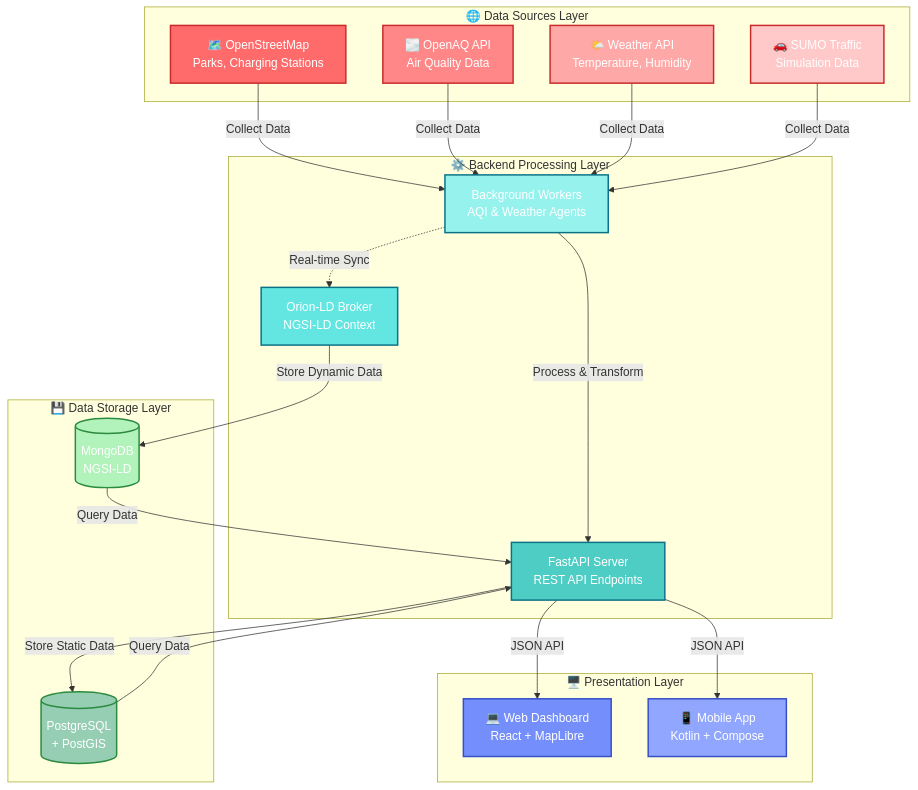
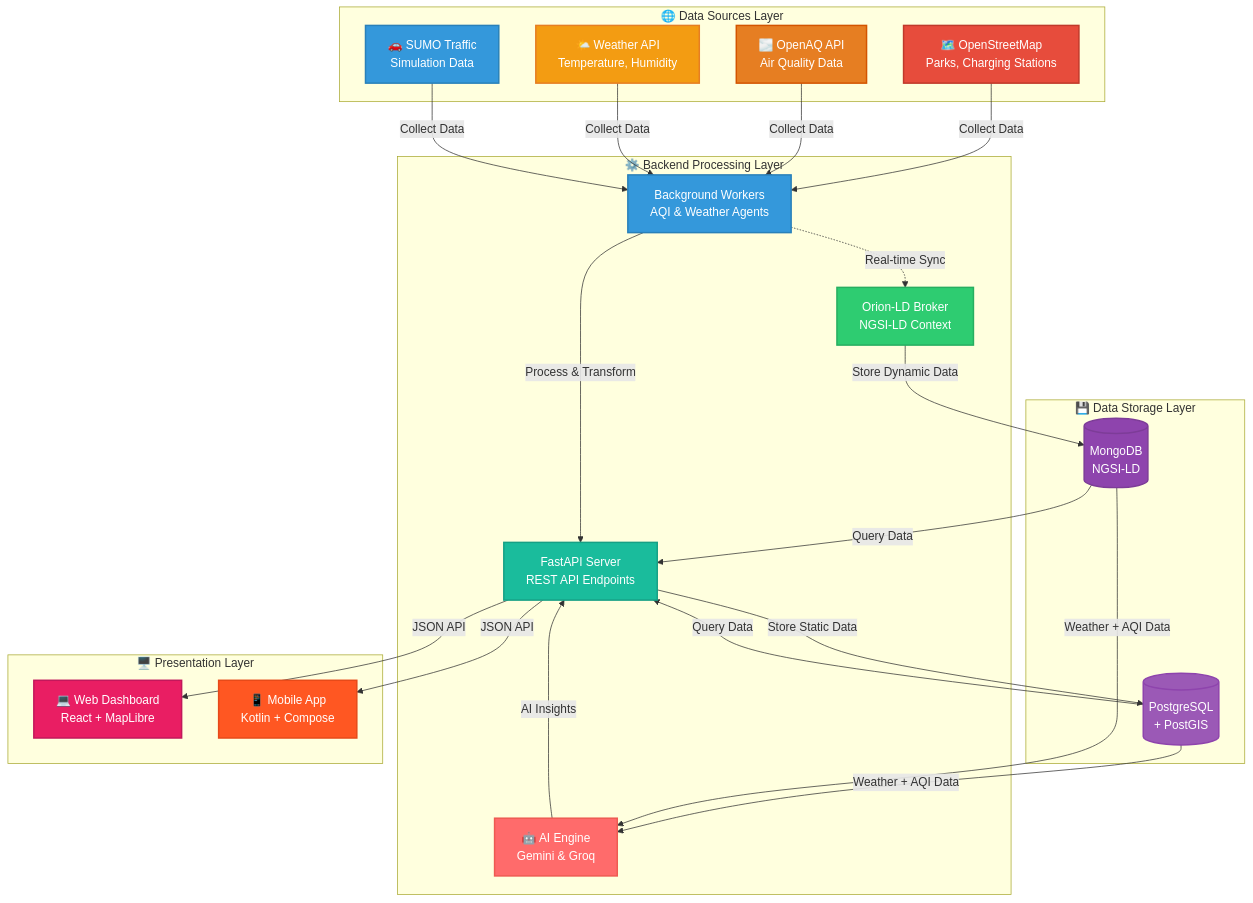
The first of 2 diagrams in profile/README.md (HouHackathon-CQP/.github), drawn with Mermaid before and after one commit. The commit also changed other lines of this file, not shown here.

````diff
--- a/profile/README.md
+++ b/profile/README.md
@@ -54,48 +68,52 @@
 ```mermaid
 graph TB
     subgraph "🌐 Data Sources Layer"
         A1[🗺️ OpenStreetMap<br/>Parks, Charging Stations]
         A2[🌫️ OpenAQ API<br/>Air Quality Data]
         A3[🌤️ Weather API<br/>Temperature, Humidity]
         A4[🚗 SUMO Traffic<br/>Simulation Data]
     end
     
     subgraph "⚙️ Backend Processing Layer"
         B1[FastAPI Server<br/>REST API Endpoints]
         B2[Orion-LD Broker<br/>NGSI-LD Context]
         B3[Background Workers<br/>AQI & Weather Agents]
+        B4[🤖 AI Engine<br/>Gemini & Groq]
     end
     
     subgraph "💾 Data Storage Layer"
         D1[(PostgreSQL<br/>+ PostGIS)]
         D2[(MongoDB<br/>NGSI-LD)]
     end
     
     subgraph "🖥️ Presentation Layer"
         C1[💻 Web Dashboard<br/>React + MapLibre]
         C2[📱 Mobile App<br/>Kotlin + Compose]
     end
     
     A1 & A2 & A3 & A4 -->|Collect Data| B3
     B3 -->|Process & Transform| B1
     B3 -.->|Real-time Sync| B2
     B1 -->|Store Static Data| D1
     B2 -->|Store Dynamic Data| D2
     D1 & D2 -->|Query Data| B1
+    D1 & D2 -->|Weather + AQI Data| B4
+    B4 -->|AI Insights| B1
     B1 -->|JSON API| C1 & C2
     
-    style A1 fill:#FF6B6B,stroke:#C92A2A,stroke-width:2px,color:#fff
-    style A2 fill:#FF8787,stroke:#C92A2A,stroke-width:2px,color:#fff
-    style A3 fill:#FFA8A8,stroke:#C92A2A,stroke-width:2px,color:#fff
-    style A4 fill:#FFC9C9,stroke:#C92A2A,stroke-width:2px,color:#fff
+    style A1 fill:#E74C3C,stroke:#C0392B,stroke-width:2px,color:#fff
+    style A2 fill:#E67E22,stroke:#D35400,stroke-width:2px,color:#fff
+    style A3 fill:#F39C12,stroke:#E67E22,stroke-width:2px,color:#fff
+    style A4 fill:#3498DB,stroke:#2980B9,stroke-width:2px,color:#fff
     
-    style B1 fill:#4ECDC4,stroke:#0B7285,stroke-width:2px,color:#fff
-    style B2 fill:#63E6E2,stroke:#0B7285,stroke-width:2px,color:#fff
-    style B3 fill:#96F2ED,stroke:#0B7285,stroke-width:2px,color:#fff
+    style B1 fill:#1ABC9C,stroke:#16A085,stroke-width:2px,color:#fff
+    style B2 fill:#2ECC71,stroke:#27AE60,stroke-width:2px,color:#fff
+    style B3 fill:#3498DB,stroke:#2980B9,stroke-width:2px,color:#fff
+    style B4 fill:#FF6B6B,stroke:#EE5A52,stroke-width:2px,color:#fff
     
-    style D1 fill:#96CEB4,stroke:#2B8A3E,stroke-width:2px,color:#fff
-    style D2 fill:#B2F2BB,stroke:#2B8A3E,stroke-width:2px,color:#fff
+    style D1 fill:#9B59B6,stroke:#8E44AD,stroke-width:2px,color:#fff
+    style D2 fill:#8E44AD,stroke:#7D3C98,stroke-width:2px,color:#fff
     
-    style C1 fill:#748FFC,stroke:#364FC7,stroke-width:2px,color:#fff
-    style C2 fill:#91A7FF,stroke:#364FC7,stroke-width:2px,color:#fff
+    style C1 fill:#E91E63,stroke:#C2185B,stroke-width:2px,color:#fff
+    style C2 fill:#FF5722,stroke:#E64A19,stroke-width:2px,color:#fff
 ```
````
